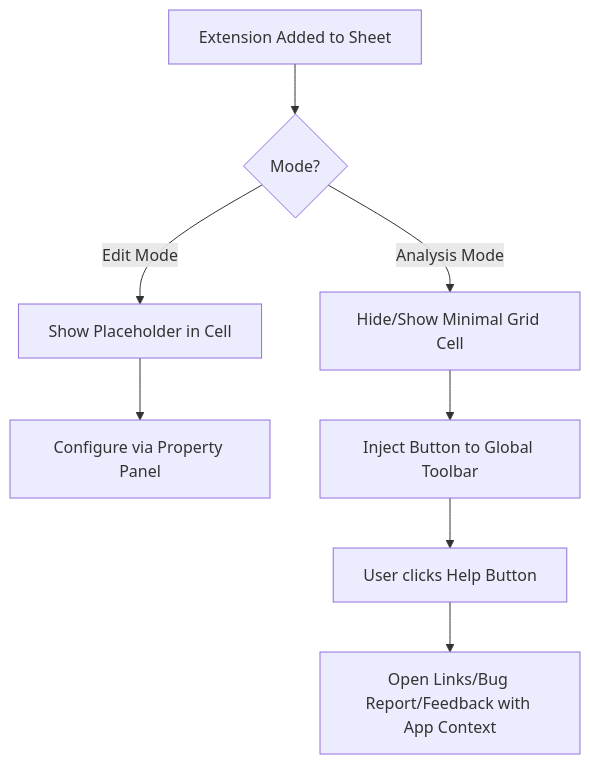
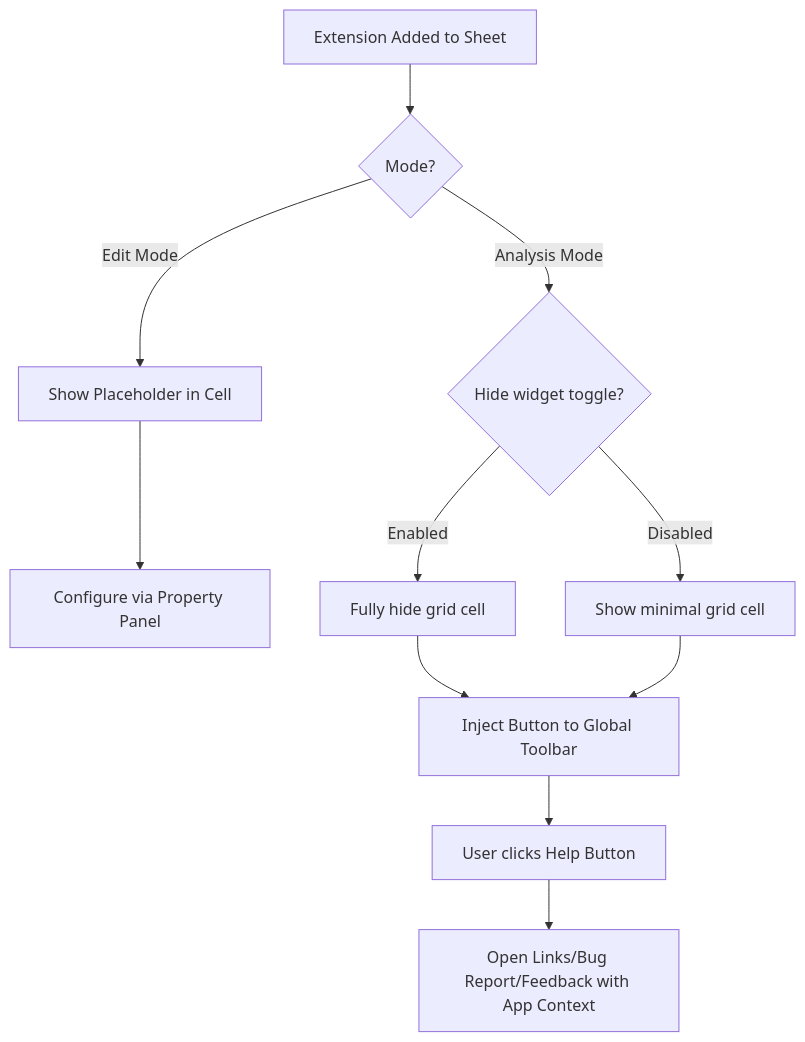
Before and after one commit to ptarmiganlabs/qs-help-button: the first of 3 diagrams in extension/README.md, drawn with Mermaid. The commit also changed other lines of this file, not shown here.

Commit message:
enhance README to clarify "Hide widget on sheet in analysis mode" feature

````diff
--- a/extension/README.md
+++ b/extension/README.md
@@ -27,10 +27,13 @@
 ```mermaid
 flowchart TD
     A[Extension Added to Sheet] --> B{Mode?}
     B -- Edit Mode --> C[Show Placeholder in Cell]
     C --> D[Configure via Property Panel]
-    B -- Analysis Mode --> E[Hide/Show Minimal Grid Cell]
-    E --> F[Inject Button to Global Toolbar]
+    B -- Analysis Mode --> E{Hide widget toggle?}
+    E -- Enabled --> E1[Fully hide grid cell]
+    E -- Disabled --> E2[Show minimal grid cell]
+    E1 --> F[Inject Button to Global Toolbar]
+    E2 --> F
     F --> G[User clicks Help Button]
     G --> H[Open Links/Bug Report/Feedback with App Context]
 ```
````
